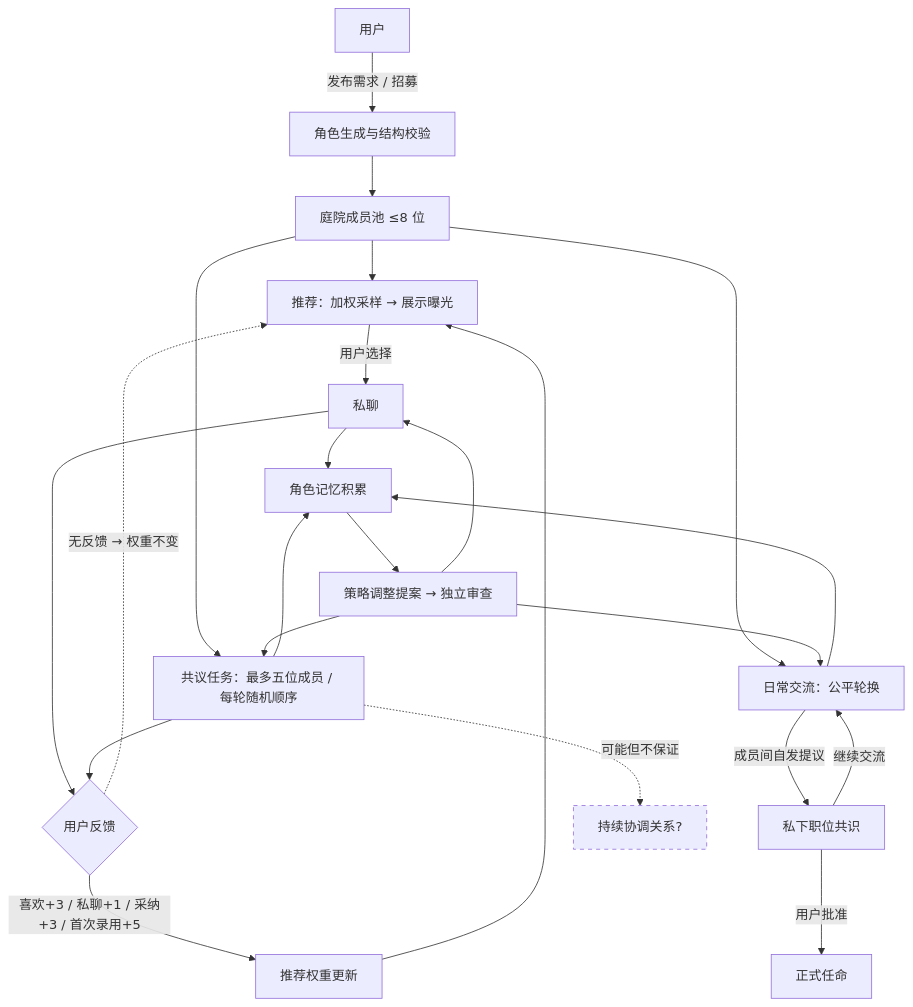
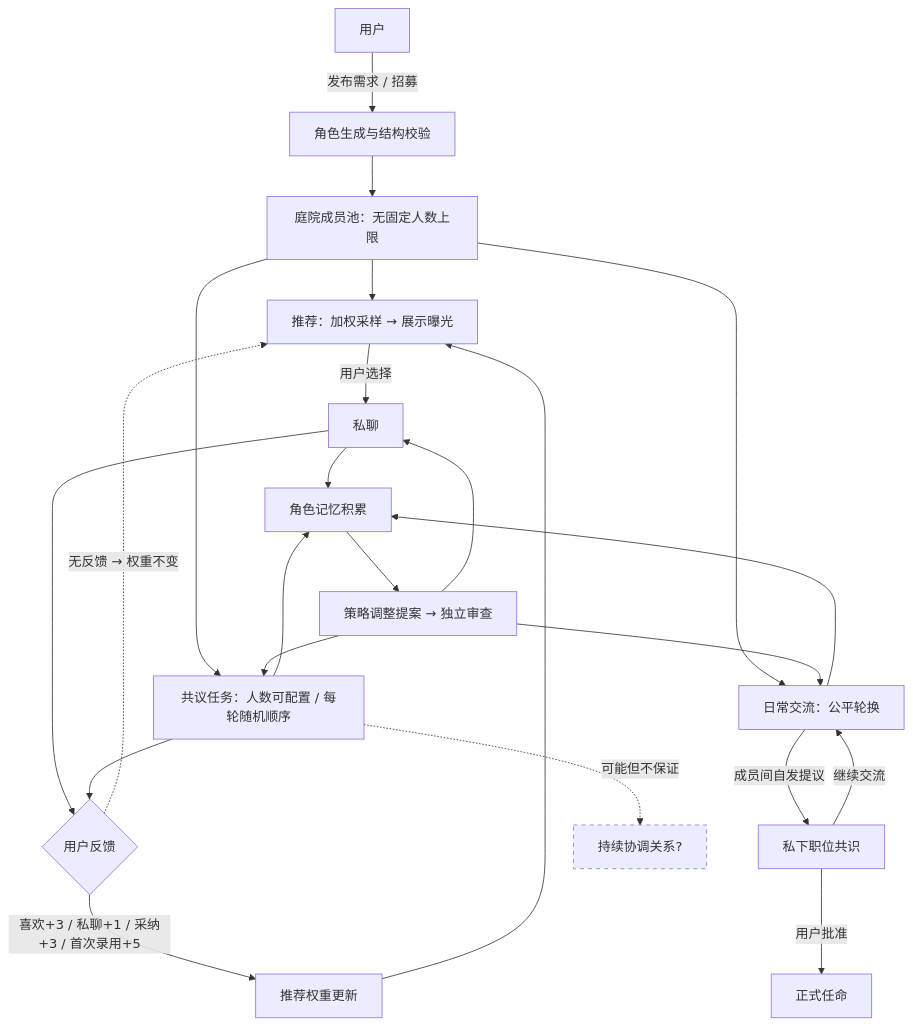
The diagram in docs/CONCEPT.md (atiyit/palace), drawn with Mermaid before and after one commit. The commit also changed other lines of this file and 63 other files, not shown here.

````diff
--- a/docs/CONCEPT.md
+++ b/docs/CONCEPT.md
@@ -61,27 +61,27 @@
 ```mermaid
 flowchart TD
     U[用户] -->|发布需求 / 招募| R[角色生成与结构校验]
-    R --> P[庭院成员池 ≤8 位]
+    R --> P[庭院成员池：无固定人数上限]
     P --> REC[推荐：加权采样 → 展示曝光]
     REC -->|用户选择| INT[私聊]
     P --> DAILY[日常交流：公平轮换]
-    P --> T[共议任务：最多五位成员 / 每轮随机顺序]
+    P --> T[共议任务：人数可配置 / 每轮随机顺序]
     INT --> F{用户反馈}
     T --> F
     F -->|喜欢+3 / 私聊+1 / 采纳+3 / 首次录用+5| W[推荐权重更新]
     F -.->|无反馈 → 权重不变| REC
     W --> REC
     INT --> M[角色记忆积累]
     DAILY --> M
     T --> M
     M --> S[策略调整提案 → 独立审查]
     S --> INT
     S --> DAILY
     S --> T
     DAILY -->|成员间自发提议| V[私下职位共识]
     V -->|用户批准| A[正式任命]
     V -->|继续交流| DAILY
     T -.->|可能但不保证| E[持续协调关系?]
 
     style E stroke-dasharray: 5 5
 ```
````
